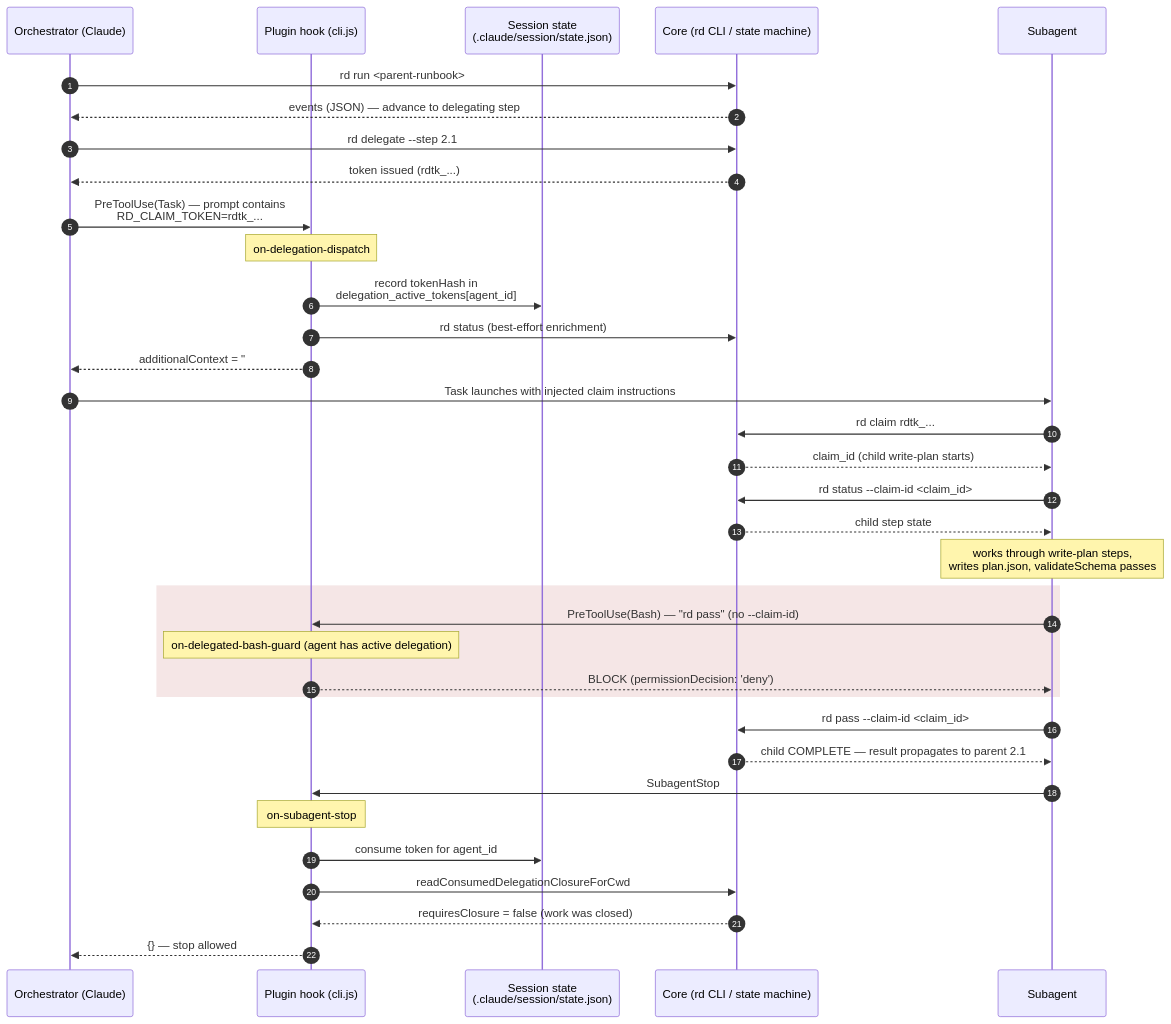
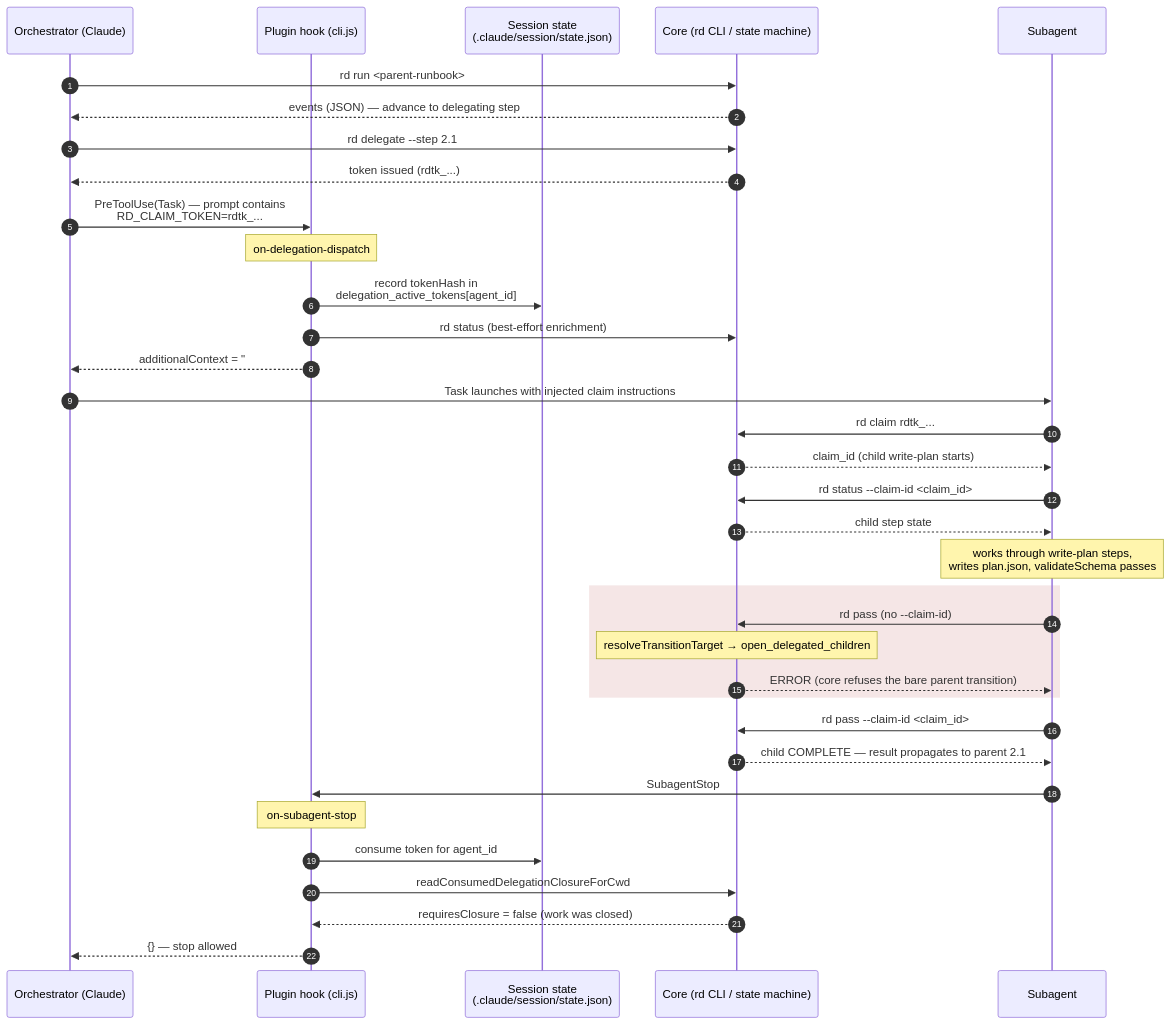
One commit to tobyhede/rundown changed the seventh of 7 diagrams in packages/claude-code-plugin/docs/plugin-overview.md. Above: the diagram before and after it, drawn with Mermaid. The commit also changed other lines of this file and 19 other files, not shown here.

First line of the commit message:
fix(plugin): fail-closed logging in gates; remove redundant bash guard (#463)

````diff
--- a/packages/claude-code-plugin/docs/plugin-overview.md
+++ b/packages/claude-code-plugin/docs/plugin-overview.md
@@ -419,46 +387,46 @@
 ```mermaid
 sequenceDiagram
     autonumber
     participant O as Orchestrator (Claude)
     participant P as Plugin hook (cli.js)
     participant S as Session state<br/>(.claude/session/state.json)
     participant C as Core (rd CLI / state machine)
     participant Sub as Subagent
 
     O->>C: rd run <parent-runbook>
     C-->>O: events (JSON) — advance to delegating step
 
     O->>C: rd delegate --step 2.1
     C-->>O: token issued (rdtk_...)
 
     O->>P: PreToolUse(Task) — prompt contains<br/>RD_CLAIM_TOKEN=rdtk_...
     Note over P: on-delegation-dispatch
     P->>S: record tokenHash in<br/>delegation_active_tokens[agent_id]
     P->>C: rd status (best-effort enrichment)
     P-->>O: additionalContext = "## Delegation Context"
     O->>Sub: Task launches with injected claim instructions
 
     Sub->>C: rd claim rdtk_...
     C-->>Sub: claim_id (child write-plan starts)
 
     Sub->>C: rd status --claim-id <claim_id>
     C-->>Sub: child step state
 
     Note over Sub: works through write-plan steps,<br/>writes plan.json, validateSchema passes
 
     rect rgb(245,230,230)
-    Sub->>P: PreToolUse(Bash) — "rd pass" (no --claim-id)
-    Note over P: on-delegated-bash-guard (agent has active delegation)
-    P-->>Sub: BLOCK (permissionDecision: 'deny')
+    Sub->>C: rd pass (no --claim-id)
+    Note over C: resolveTransitionTarget → open_delegated_children
+    C-->>Sub: ERROR (core refuses the bare parent transition)
     end
 
     Sub->>C: rd pass --claim-id <claim_id>
     C-->>Sub: child COMPLETE — result propagates to parent 2.1
 
     Sub->>P: SubagentStop
     Note over P: on-subagent-stop
     P->>S: consume token for agent_id
     P->>C: readConsumedDelegationClosureForCwd
     C-->>P: requiresClosure = false (work was closed)
     P-->>O: {} — stop allowed
 ```
````
